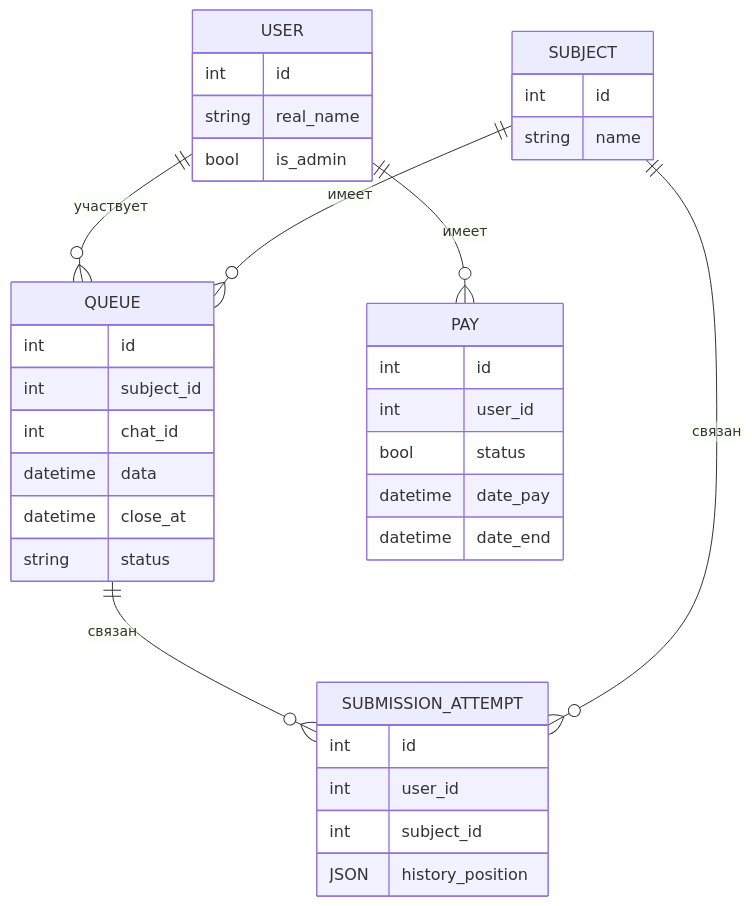
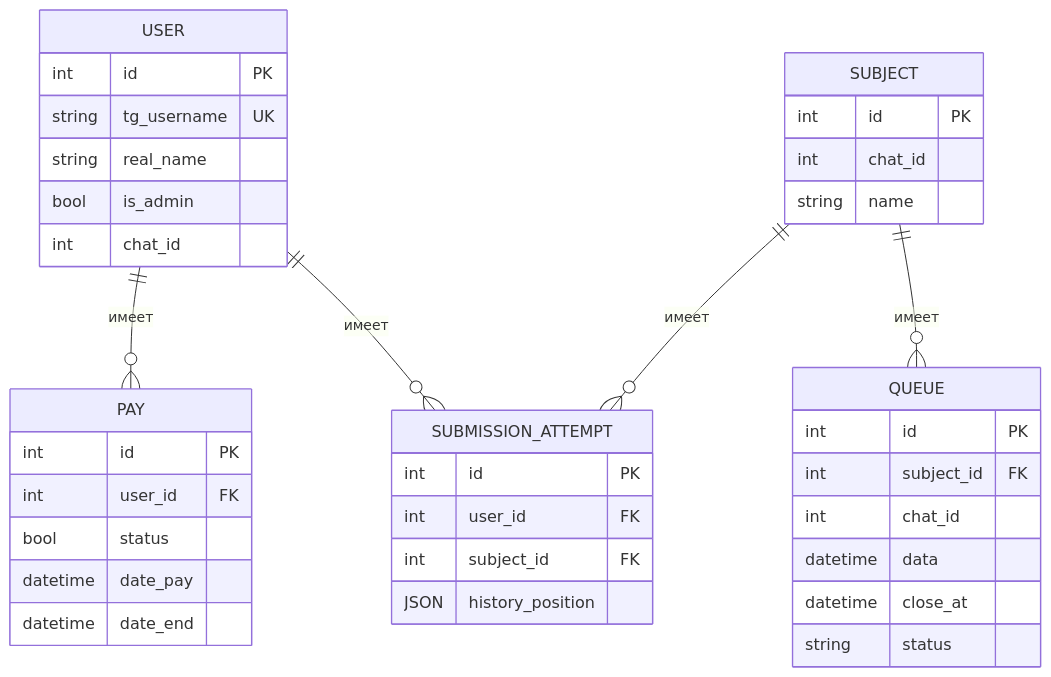
One commit to VoltusV5/FairLabQueueBot changed the diagram in docs/01_Database.md. Above: the diagram before and after it, drawn with Mermaid. The commit also changed other lines of this file and 9 other files, not shown here.

````diff
--- a/docs/01_Database.md
+++ b/docs/01_Database.md
@@ -8,41 +8,43 @@
 ```mermaid
 erDiagram
-    USER ||--o{ QUEUE : участвует
-    QUEUE ||--o{ SUBMISSION_ATTEMPT : связан
+    USER ||--o{ SUBMISSION_ATTEMPT : имеет
+    USER ||--o{ PAY : имеет
     SUBJECT ||--o{ QUEUE : имеет
-    SUBJECT ||--o{ SUBMISSION_ATTEMPT : связан
-    USER ||--o{ PAY : имеет
+    SUBJECT ||--o{ SUBMISSION_ATTEMPT : имеет
 
     USER {
-        int id
+        int id PK
+        string tg_username UK
         string real_name
         bool is_admin
+        int chat_id
     }
     SUBJECT {
-        int id
+        int id PK
+        int chat_id
         string name
     }
     QUEUE {
-        int id
-        int subject_id
+        int id PK
+        int subject_id FK
         int chat_id
         datetime data
         datetime close_at
         string status
     }
     SUBMISSION_ATTEMPT {
-        int id
-        int user_id
-        int subject_id
+        int id PK
+        int user_id FK
+        int subject_id FK
         JSON history_position
     }
     PAY {
-        int id
-        int user_id
+        int id PK
+        int user_id FK
         bool status
         datetime date_pay
         datetime date_end
     }
 
 
 ```
````
